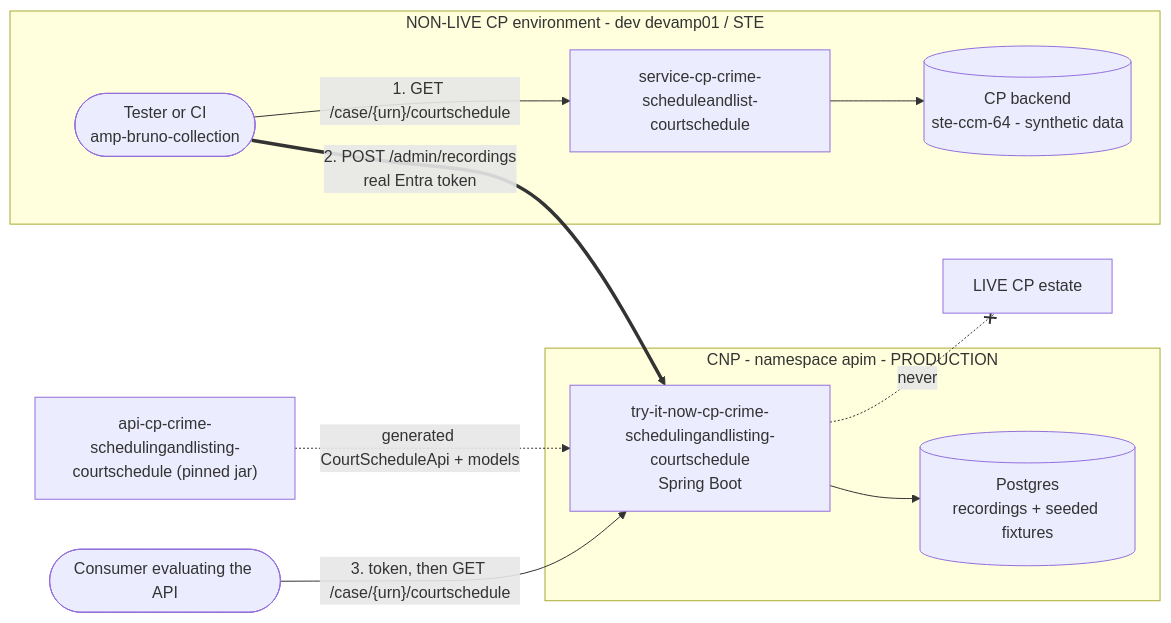
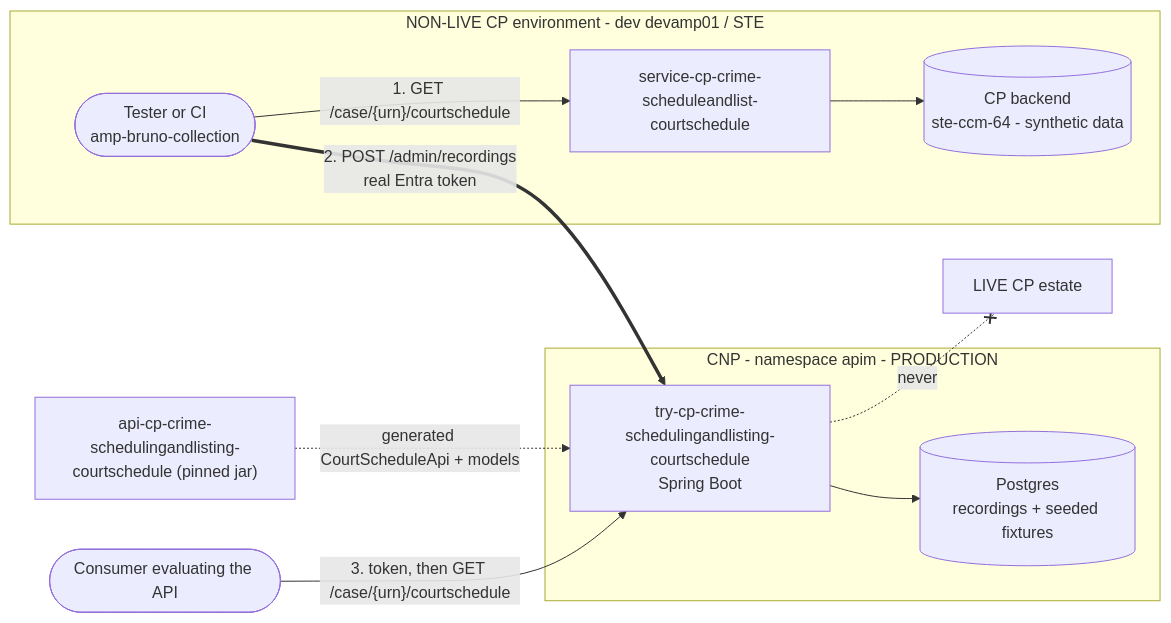
The first of 4 diagrams in README.md (hmcts/try-cp-crime-schedulingandlisting-courtschedule), drawn with Mermaid before and after one commit. The commit also changed other lines of this file and 10 other files, not shown here.

First line of the commit message:
Rename to try-cp-crime-schedulingandlisting-courtschedule

````diff
--- a/README.md
+++ b/README.md
@@ -34,27 +34,27 @@
 ```mermaid
 flowchart LR
   CONS(["Consumer evaluating the API"])
 
   subgraph LOWER["NON-LIVE CP environment - dev devamp01 / STE"]
     CAP(["Tester or CI<br/>amp-bruno-collection"])
     SVC["service-cp-crime-scheduleandlist-<br/>courtschedule"]
     CPB[("CP backend<br/>ste-ccm-64 - synthetic data")]
     CAP -- "1. GET /case/{urn}/courtschedule" --> SVC
     SVC --> CPB
   end
 
   subgraph CNP["CNP - namespace apim - PRODUCTION"]
-    TIN["try-it-now-cp-crime-<br/>schedulingandlisting-courtschedule<br/>Spring Boot"]
+    TIN["try-cp-crime-<br/>schedulingandlisting-courtschedule<br/>Spring Boot"]
     STUB[("Postgres<br/>recordings + seeded fixtures")]
     TIN --> STUB
   end
 
   CONTRACT["api-cp-crime-schedulingandlisting-<br/>courtschedule (pinned jar)"]
 
   CONTRACT -. "generated CourtScheduleApi + models" .-> TIN
   CAP == "2. POST /admin/recordings<br/>real Entra token" ==> TIN
   CONS -- "3. token, then GET /case/{urn}/courtschedule" --> TIN
 
   LIVE["LIVE CP estate"]
   TIN -. "never" .-x LIVE
 ```
````
